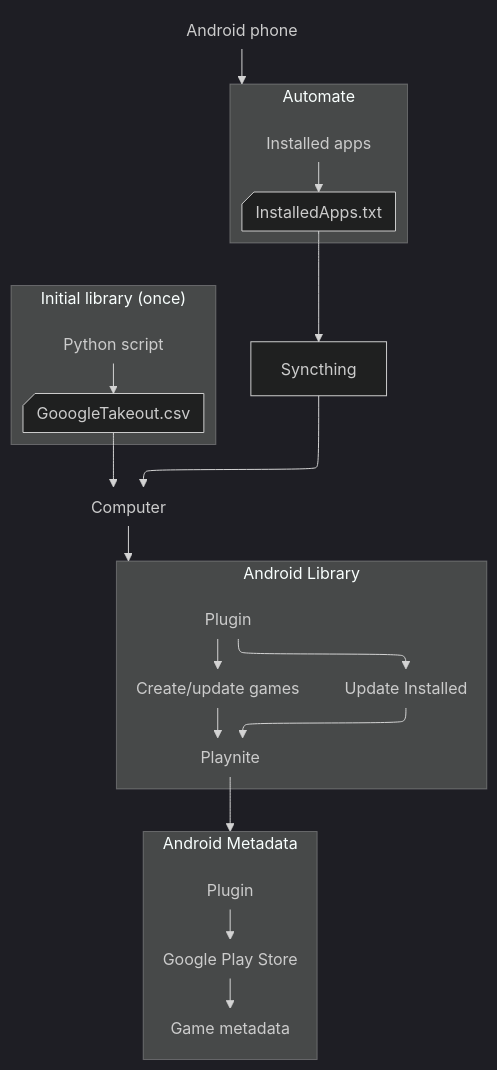
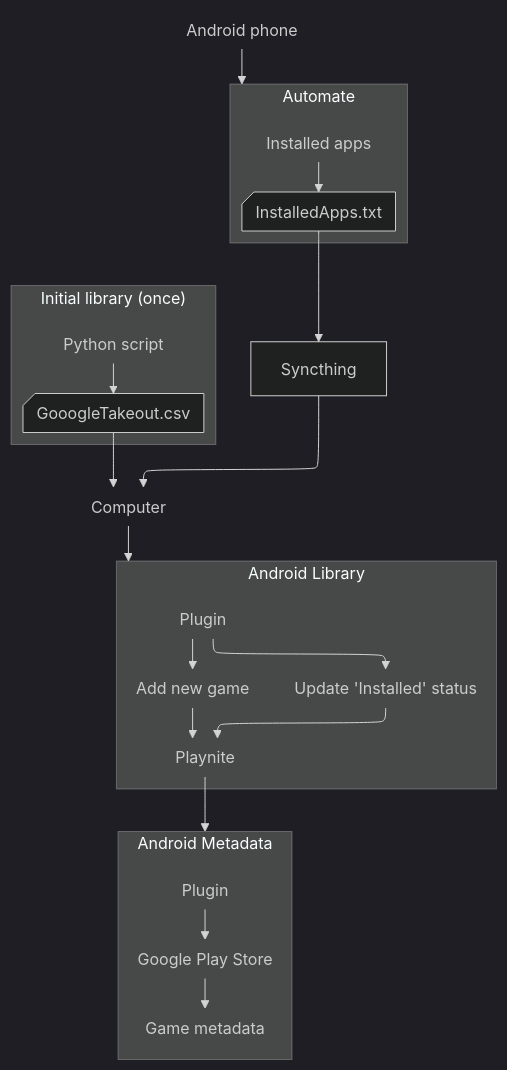
The diagram in README.md (FunkyKwak/playnite-android), drawn with Mermaid (dark theme) before and after one commit. The commit also changed other lines of this file and 1 other file, not shown here.

````diff
--- a/README.md
+++ b/README.md
@@ -154,54 +162,54 @@
 ```mermaid
 ---
 config:
   layout: elk
 ---
 flowchart TB
  subgraph s1["Android Library"]
         n8["Plugin"]
-        n9["Create/update games"]
-        n10["Update Installed"]
+        n10["Update 'Installed' status"]
+        n9["Add new game"]
         n11["Playnite"]
   end
  subgraph s2["Android Metadata"]
         n12["Plugin"]
         n13["Google Play Store"]
         n14["Game metadata"]
   end
  subgraph s4["Initial library (once)"]
         n2["Python script"]
         n5["GooogleTakeout.csv"]
   end
  subgraph s3["Automate"]
         n3["Installed apps"]
         n4["InstalledApps.txt"]
   end
     n3 --> n4
     n2 --> n5
     n4 --> n6["Syncthing"]
     n5 --> n7["Computer"]
     n6 --> n7
     n8 --> n9 & n10
     n10 --> n11
     n9 --> n11
     n12 --> n13
     n13 --> n14
     n7 --> s1
     n1["Android phone"] --> s3
     n11 --> s2
 
     n4@{ shape: card}
     n5@{ shape: card}
     n8@{ shape: text}
     n9@{ shape: text}
     n10@{ shape: text}
     n11@{ shape: text}
     n12@{ shape: text}
     n13@{ shape: text}
     n14@{ shape: text}
     n2@{ shape: text}
     n3@{ shape: text}
     n7@{ shape: text}
     n1@{ shape: text}
 
 ```
````
